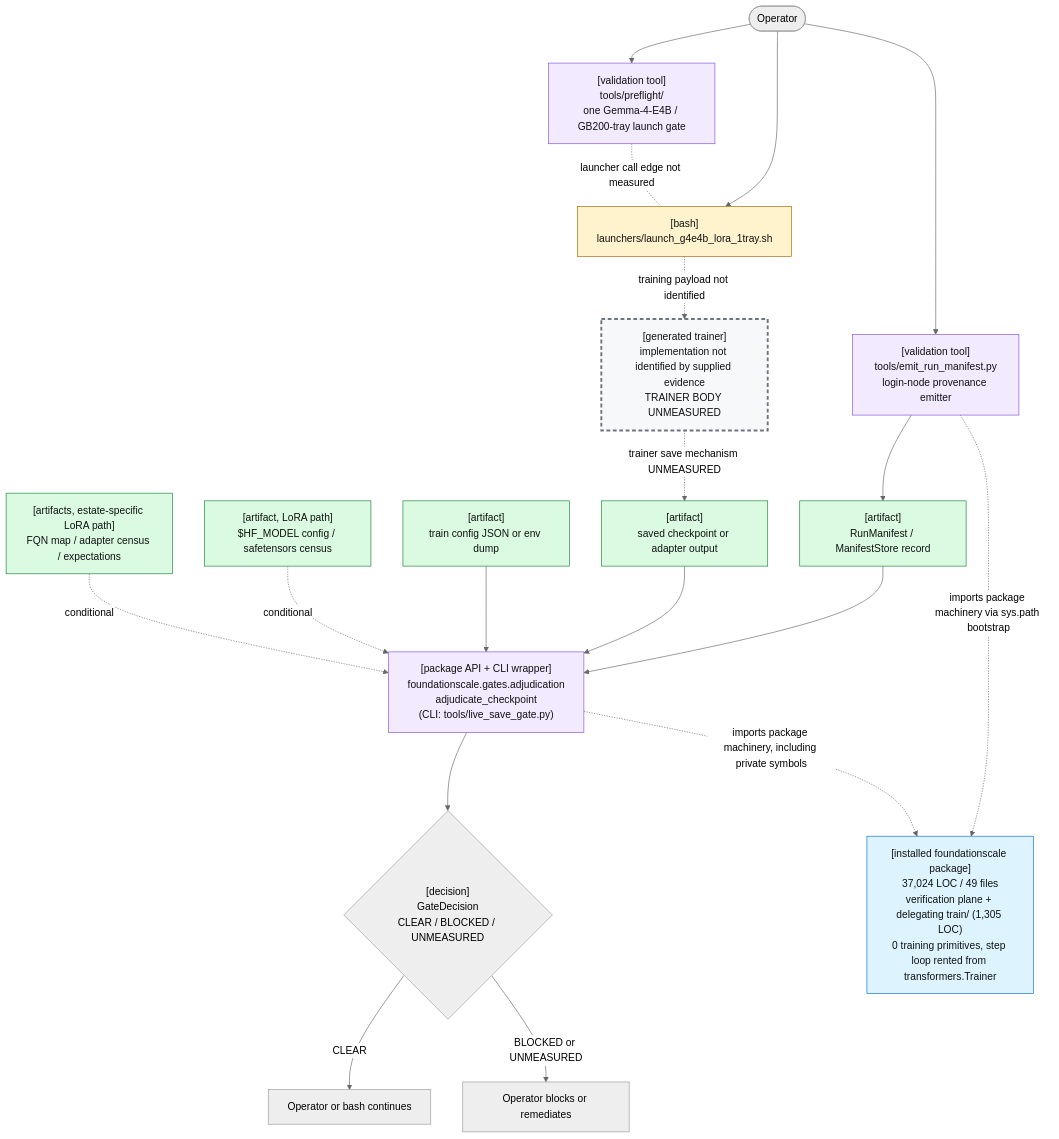
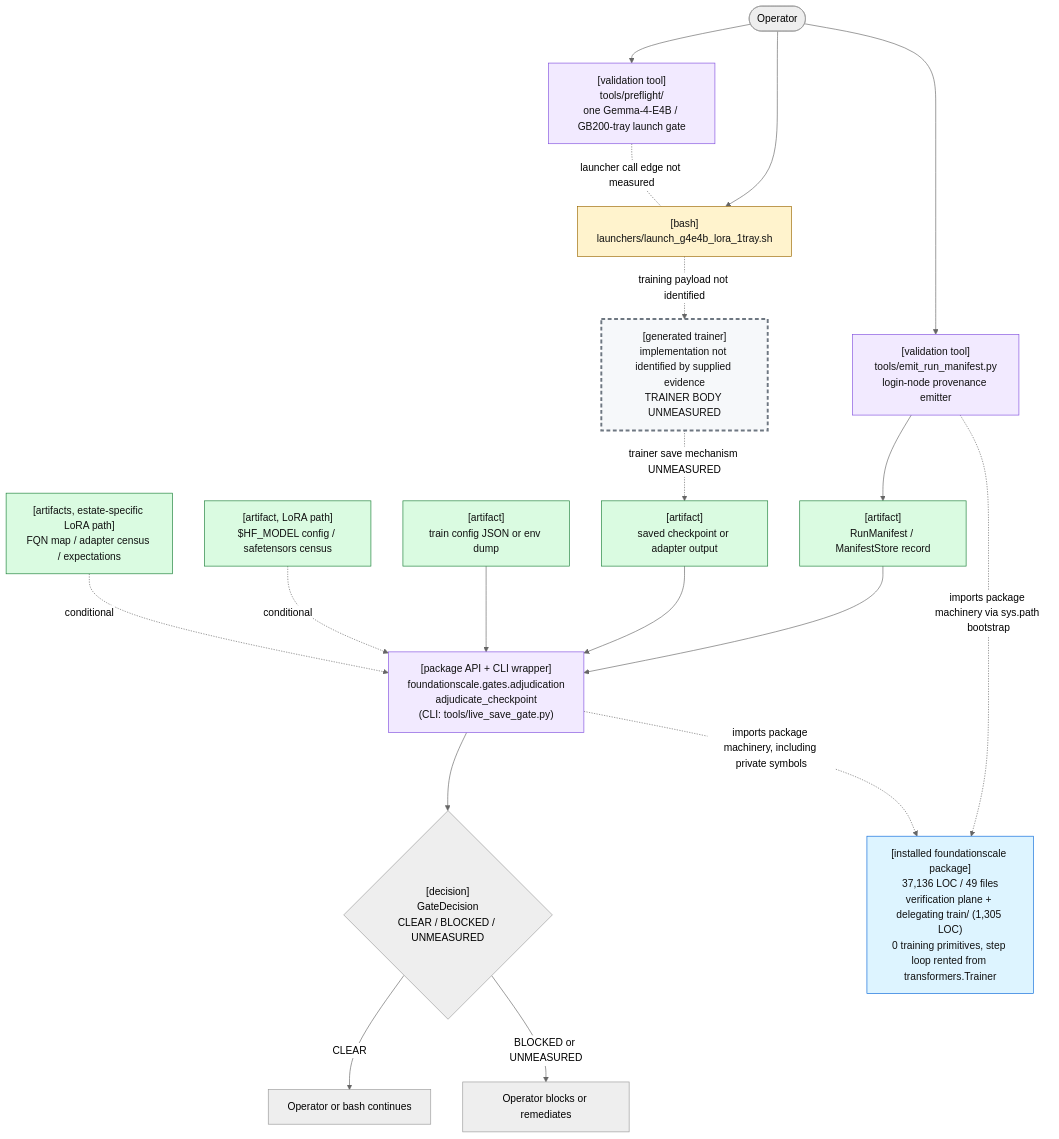
The first of 2 diagrams in docs/review/D2_current_architecture.md (TranNhiem/FoundationScale), drawn with Mermaid (neutral theme) before and after one commit. The commit also changed other lines of this file and 13 other files, not shown here.

First line of the commit message:
#369: give the RL trainer fp32 master weights -- it was training ~nothing

````diff
--- a/docs/review/D2_current_architecture.md
+++ b/docs/review/D2_current_architecture.md
@@ -25,59 +25,59 @@
 ```mermaid
 flowchart TB
   O(["Operator"])
 
   PF["[validation tool]<br/>tools/preflight/<br/>one Gemma-4-E4B / GB200-tray launch gate"]
   L["[bash]<br/>launchers/launch_g4e4b_lora_1tray.sh"]
 
   E["[validation tool]<br/>tools/emit_run_manifest.py<br/>login-node provenance emitter"]
   M["[artifact]<br/>RunManifest / ManifestStore record"]
 
   T["[generated trainer]<br/>implementation not identified by supplied evidence<br/>TRAINER BODY UNMEASURED"]
   C["[artifact]<br/>saved checkpoint or adapter output"]
 
   G["[package API + CLI wrapper]<br/>foundationscale.gates.adjudication<br/>adjudicate_checkpoint<br/>(CLI: tools/live_save_gate.py)"]
   CFG["[artifact]<br/>train config JSON or env dump"]
   BASE["[artifact, LoRA path]<br/>$HF_MODEL config / safetensors census"]
   CEN["[artifacts, estate-specific LoRA path]<br/>FQN map / adapter census / expectations"]
 
   D{"[decision]<br/>GateDecision<br/>CLEAR / BLOCKED / UNMEASURED"}
   OK["Operator or bash continues"]
   NO["Operator blocks or remediates"]
 
-  PKG["[installed foundationscale package]<br/>37,024 LOC / 49 files<br/>verification plane + delegating train/ (1,305 LOC)<br/>0 training primitives, step loop rented from transformers.Trainer"]
+  PKG["[installed foundationscale package]<br/>37,136 LOC / 49 files<br/>verification plane + delegating train/ (1,305 LOC)<br/>0 training primitives, step loop rented from transformers.Trainer"]
 
   O --> PF
   O --> L
   PF -. "launcher call edge not measured" .- L
 
   O --> E
   E --> M
 
   L -. "training payload not identified" .-> T
   T -. "trainer save mechanism UNMEASURED" .-> C
 
   M --> G
   C --> G
   CFG --> G
   BASE -. "conditional" .-> G
   CEN -. "conditional" .-> G
 
   E -. "imports package machinery via sys.path bootstrap" .-> PKG
   G -. "imports package machinery, including private symbols" .-> PKG
 
   G --> D
   D -->|"CLEAR"| OK
   D -->|"BLOCKED or UNMEASURED"| NO
 
   classDef bash fill:#fff3cd,stroke:#9a6700,color:#111;
   classDef tool fill:#f2eaff,stroke:#8250df,color:#111;
   classDef artifact fill:#dafbe1,stroke:#1a7f37,color:#111;
   classDef gap fill:#f6f8fa,stroke:#6e7781,stroke-width:3px,stroke-dasharray: 6 4,color:#111;
   classDef pkg fill:#ddf4ff,stroke:#0969da,color:#111;
 
   class L bash;
   class PF,E,G tool;
   class M,C,CFG,BASE,CEN artifact;
   class T gap;
   class PKG pkg;
 ```
````
